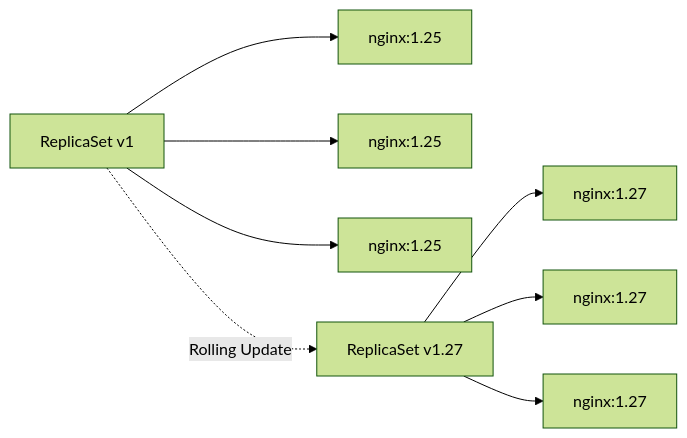
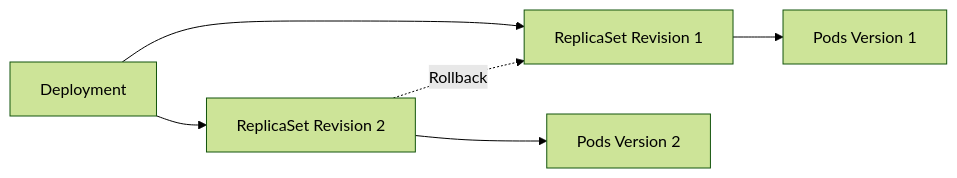
The diagram in 01-CKA/03-Workloads/labs/Lab-03-Rollbacks.md (visu947/devops-mastery), drawn with Mermaid (forest theme) before and after one commit. The commit also changed other lines of this file, not shown here.

````diff
--- a/01-CKA/03-Workloads/labs/Lab-03-Rollbacks.md
+++ b/01-CKA/03-Workloads/labs/Lab-03-Rollbacks.md
@@ -37,17 +35,13 @@
 ```mermaid
 flowchart LR
 
-OldRS[ReplicaSet v1]
+Deployment --> RSv1[ReplicaSet Revision 1]
 
-OldRS --> Pod1[nginx:1.25]
-OldRS --> Pod2[nginx:1.25]
-OldRS --> Pod3[nginx:1.25]
+Deployment --> RSv2[ReplicaSet Revision 2]
 
-NewRS[ReplicaSet v1.27]
+RSv2 -. Rollback .-> RSv1
 
-NewRS --> Pod4[nginx:1.27]
-NewRS --> Pod5[nginx:1.27]
-NewRS --> Pod6[nginx:1.27]
+RSv1 --> PodsV1[Pods Version 1]
 
-OldRS -. Rolling Update .-> NewRS
+RSv2 --> PodsV2[Pods Version 2]
 ```
````
